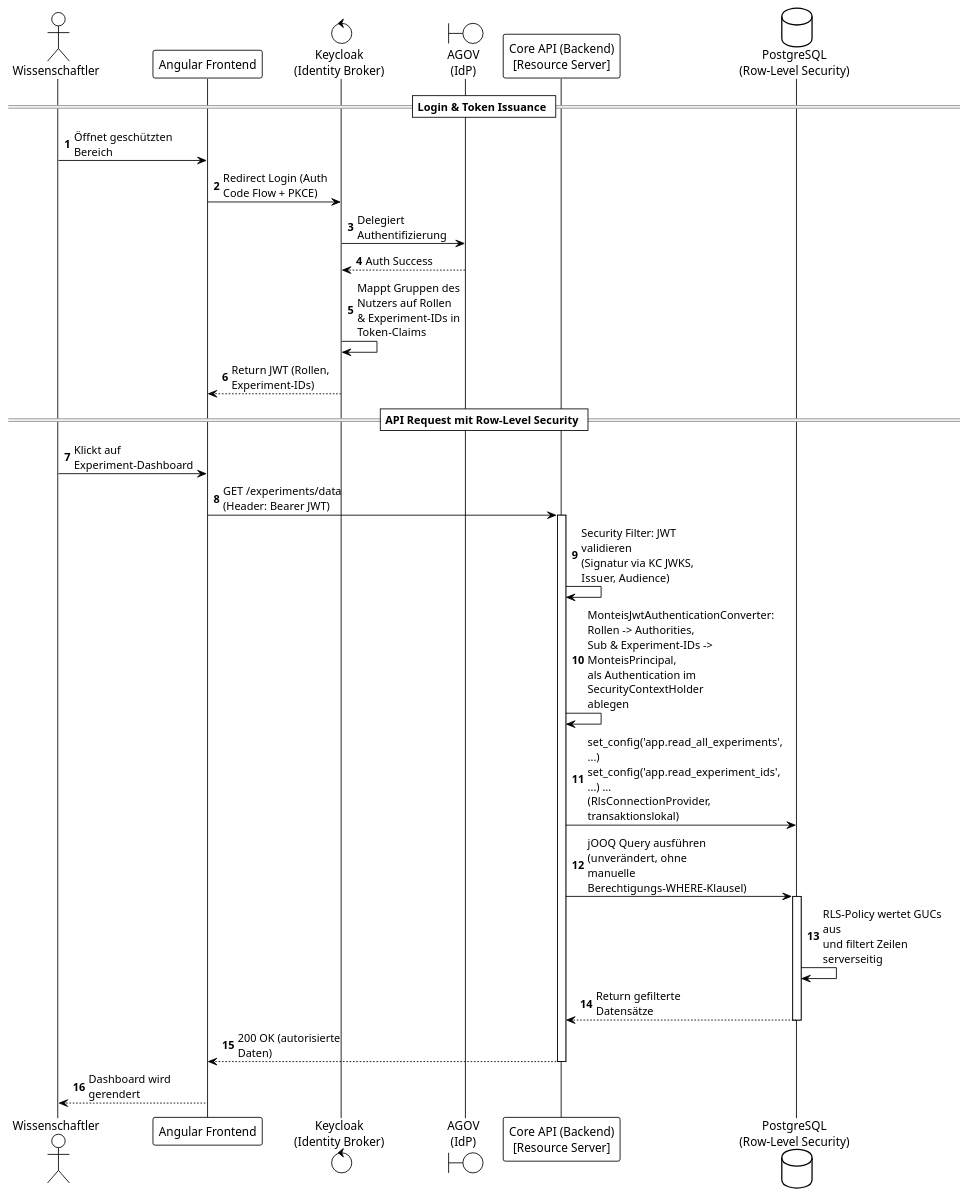
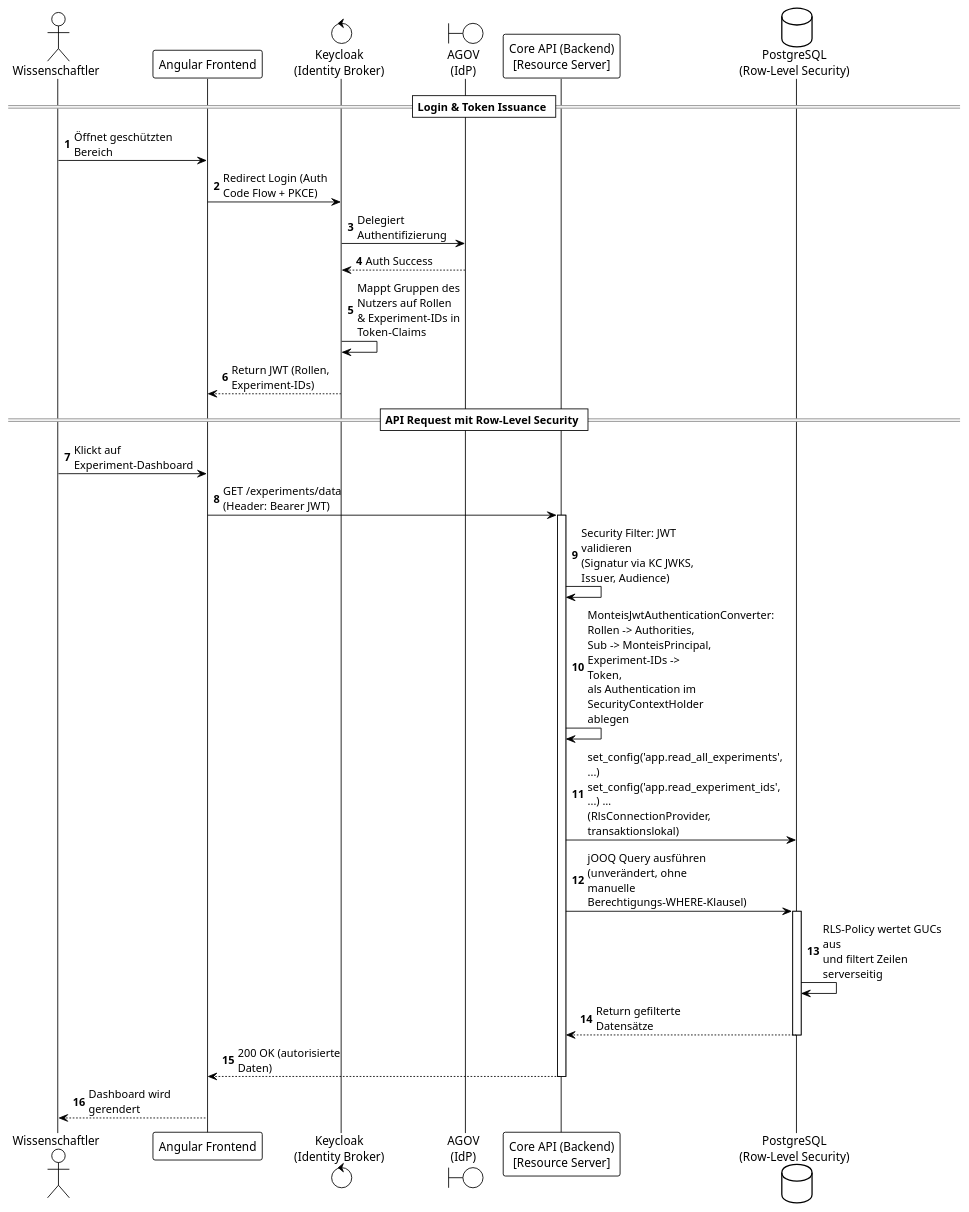
The diagram in documentation/architecture/images/iam-sequence.puml (swisstopo/lg-monteis), drawn with PlantUML before and after one commit. The commit also changed 14 other files, not shown here.

```diff
--- a/documentation/architecture/images/iam-sequence.puml
+++ b/documentation/architecture/images/iam-sequence.puml
@@ -1,41 +1,41 @@
 @startuml
 !theme plain
 autonumber
 skinparam maxMessageSize 150
 
 actor "Wissenschaftler" as User
 participant "Angular Frontend" as UI
 control "Keycloak\n(Identity Broker)" as KC
 boundary "AGOV\n(IdP)" as AGOV
 participant "Core API (Backend)\n[Resource Server]" as Backend
 database "PostgreSQL\n(Row-Level Security)" as DB
 
 == Login & Token Issuance ==
 User -> UI : Öffnet geschützten Bereich
 UI -> KC : Redirect Login (Auth Code Flow + PKCE)
 KC -> AGOV : Delegiert Authentifizierung
 AGOV --> KC : Auth Success
 KC -> KC : Mappt Gruppen des Nutzers auf Rollen\n& Experiment-IDs in Token-Claims
 KC --> UI : Return JWT (Rollen, Experiment-IDs)
 
 == API Request mit Row-Level Security ==
 User -> UI : Klickt auf Experiment-Dashboard
 UI -> Backend : GET /experiments/data\n(Header: Bearer JWT)
 activate Backend
 
 Backend -> Backend : Security Filter: JWT validieren\n(Signatur via KC JWKS, Issuer, Audience)
-Backend -> Backend : MonteisJwtAuthenticationConverter: Rollen -> Authorities,\nSub & Experiment-IDs -> MonteisPrincipal,\nals Authentication im SecurityContextHolder ablegen
+Backend -> Backend : MonteisJwtAuthenticationConverter: Rollen -> Authorities,\nSub -> MonteisPrincipal, Experiment-IDs -> Token,\nals Authentication im SecurityContextHolder ablegen
 
 Backend -> DB : set_config('app.read_all_experiments', ...)\nset_config('app.read_experiment_ids', ...) …\n(RlsConnectionProvider, transaktionslokal)
 Backend -> DB : jOOQ Query ausführen\n(unverändert, ohne manuelle\nBerechtigungs-WHERE-Klausel)
 activate DB
 DB -> DB : RLS-Policy wertet GUCs aus\nund filtert Zeilen serverseitig
 DB --> Backend : Return gefilterte Datensätze
 deactivate DB
 
 Backend --> UI : 200 OK (autorisierte Daten)
 deactivate Backend
 
 UI --> User : Dashboard wird gerendert
 
 @enduml
```
